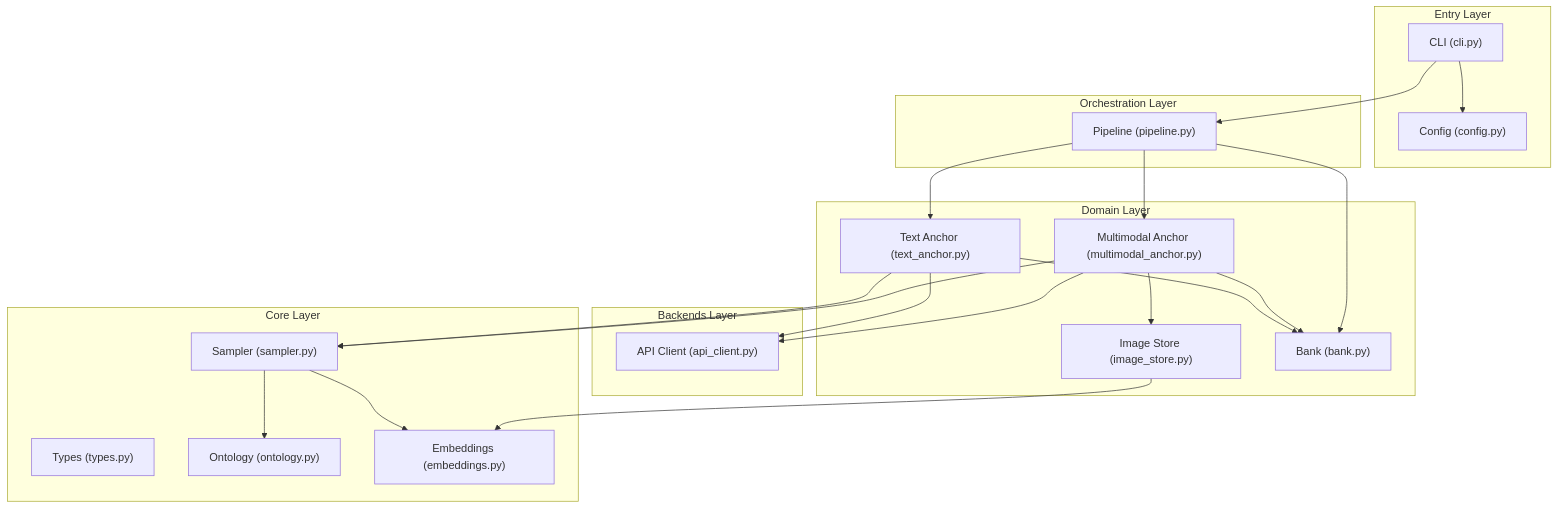
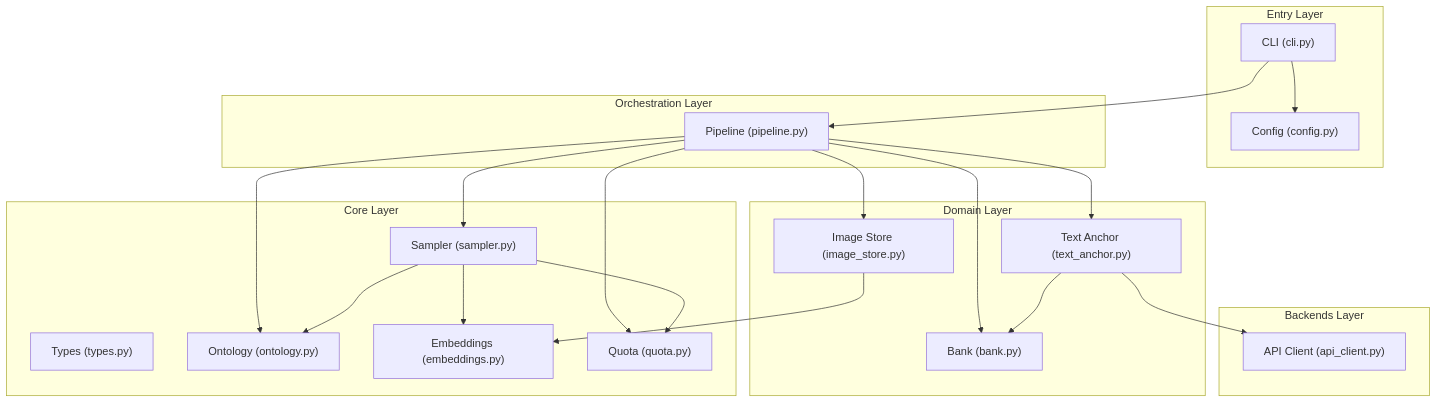
The first of 5 diagrams in docs/architecture.md (godthrone/anchor-replay-distillation), drawn with Mermaid before and after one commit. The commit also changed other lines of this file and 46 other files, not shown here.

First line of the commit message:
refactor: Phase 1-4 — multi-turn + multimodal unified architecture

````diff
--- a/docs/architecture.md
+++ b/docs/architecture.md
@@ -5,45 +5,44 @@
 ```mermaid
 graph TD
     subgraph "Entry Layer"
         CLI["CLI (cli.py)"]
         CFG["Config (config.py)"]
     end
 
     subgraph "Orchestration Layer"
         PL["Pipeline (pipeline.py)"]
     end
 
     subgraph "Domain Layer"
         TA["Text Anchor (text_anchor.py)"]
-        MA["Multimodal Anchor (multimodal_anchor.py)"]
         IS["Image Store (image_store.py)"]
         BK["Bank (bank.py)"]
     end
 
     subgraph "Backends Layer"
         API["API Client (api_client.py)"]
     end
 
     subgraph "Core Layer"
         TY["Types (types.py)"]
         ON["Ontology (ontology.py)"]
         SM["Sampler (sampler.py)"]
         EM["Embeddings (embeddings.py)"]
+        QT["Quota (quota.py)"]
     end
 
     CLI --> CFG
     CLI --> PL
     PL --> TA
-    PL --> MA
+    PL --> IS
+    PL --> SM
+    PL --> ON
+    PL --> BK
+    PL --> QT
     TA --> API
     TA --> BK
-    MA --> API
-    MA --> IS
-    MA --> BK
-    PL --> BK
-    TA --> SM
-    MA --> SM
     SM --> ON
+    SM --> QT
     SM --> EM
     IS --> EM
 ```
````
